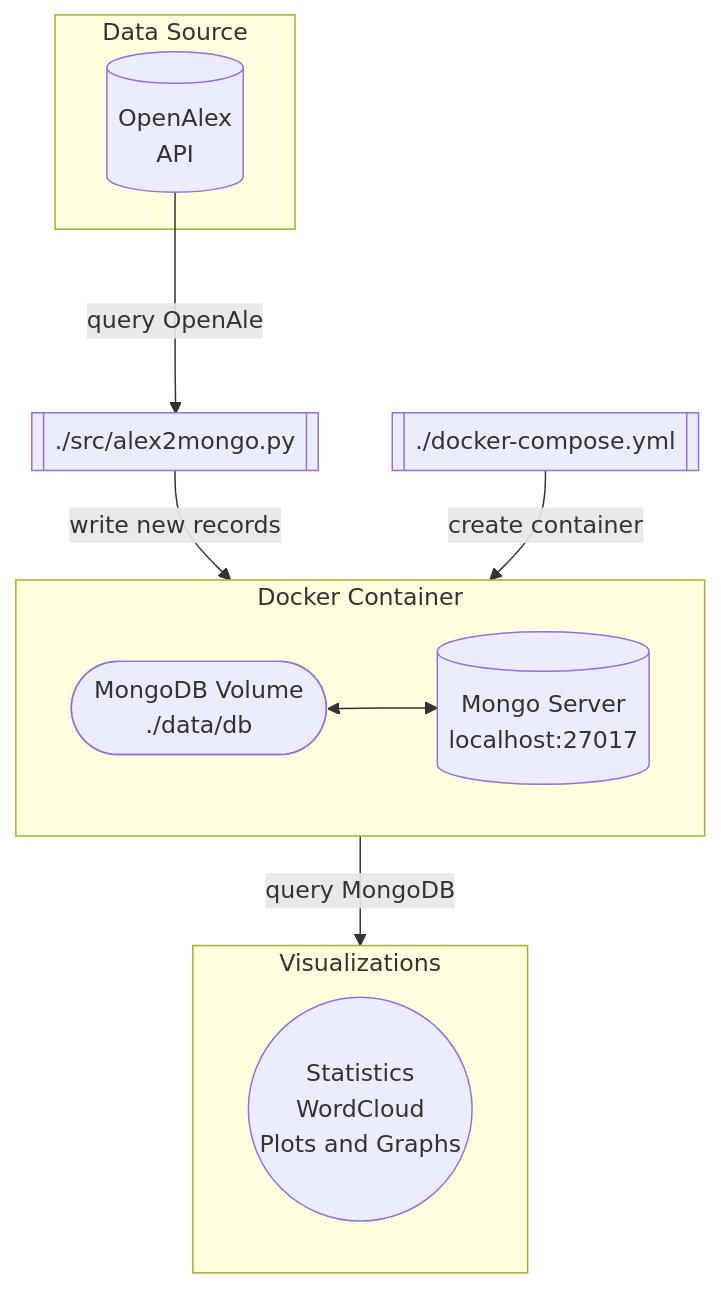
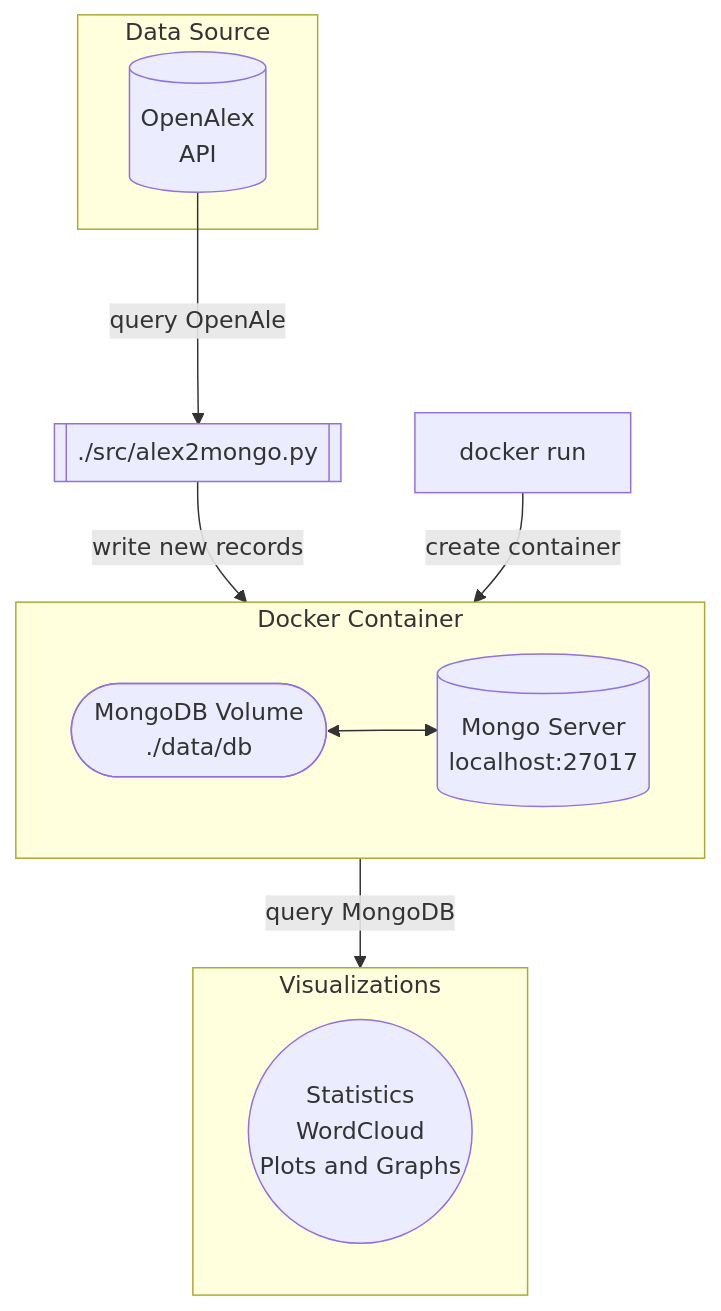
The diagram in README.md (greenmmq/EnviroMetaAnalysis), drawn with Mermaid before and after one commit. The commit also changed other lines of this file and 11 other files, not shown here.

````diff
--- a/README.md
+++ b/README.md
@@ -21,28 +29,27 @@
 ```mermaid
 flowchart TB
     
     subgraph G["Data Source"]
         oa[("OpenAlex\nAPI")]
     end
 
     oa--query OpenAlex--> inbound
     
     inbound[[./src/alex2mongo.py]]
 
     inbound--write new records-->B    
     
-    compose[[./docker-compose.yml]]--create container-->B
+    compose[docker run]--create container-->B
 
     subgraph B["Docker Container"]
         mongo[("Mongo Server\nlocalhost:27017")]
         volume(["MongoDB Volume\n./data/db"])
         volume<-->mongo
     end
     
     B--query MongoDB-->C;
 
     subgraph C["Visualizations"]
         stats(("Statistics\nWordCloud\nPlots and Graphs"))
     end
-
 ```
````
